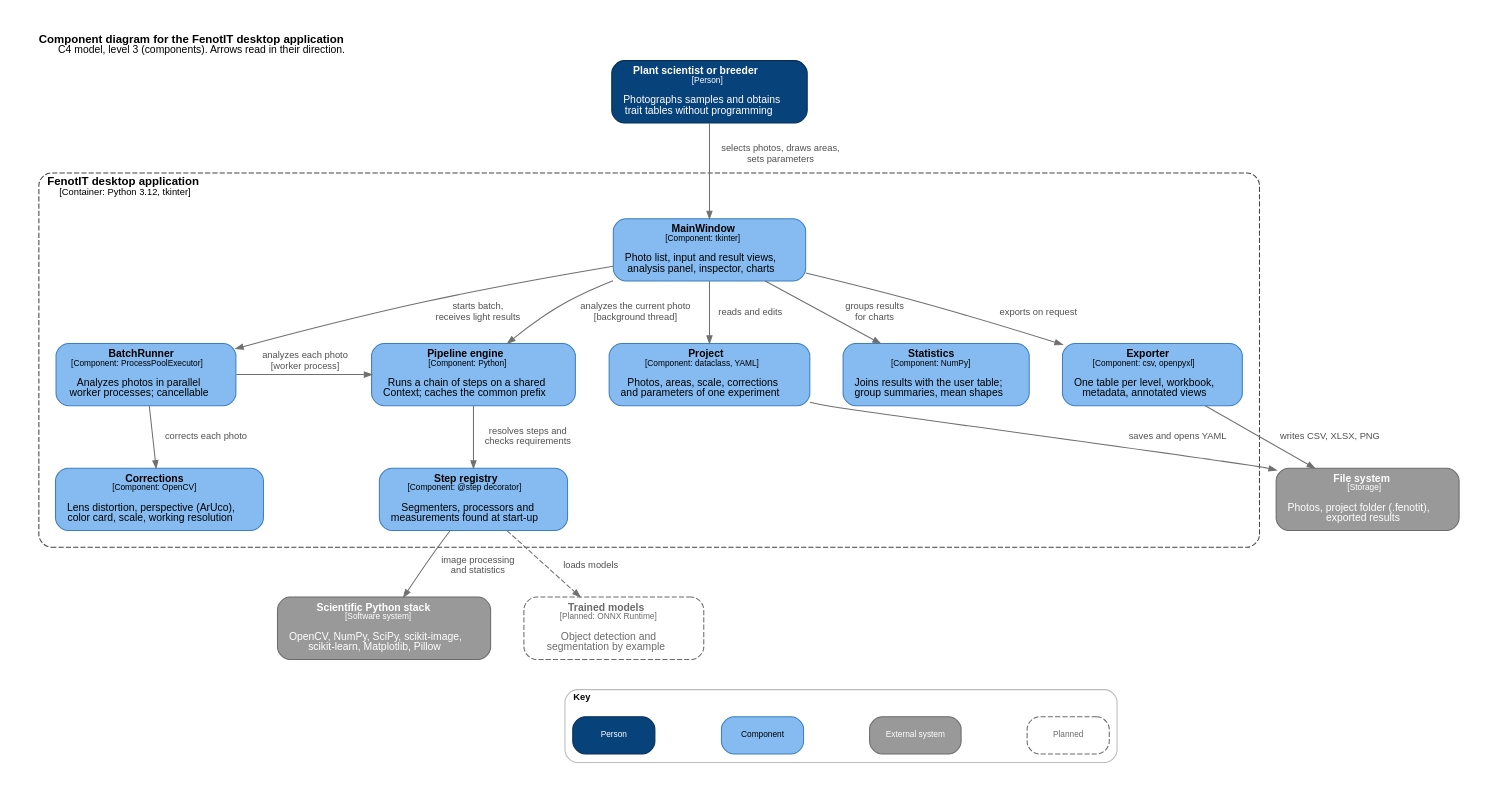
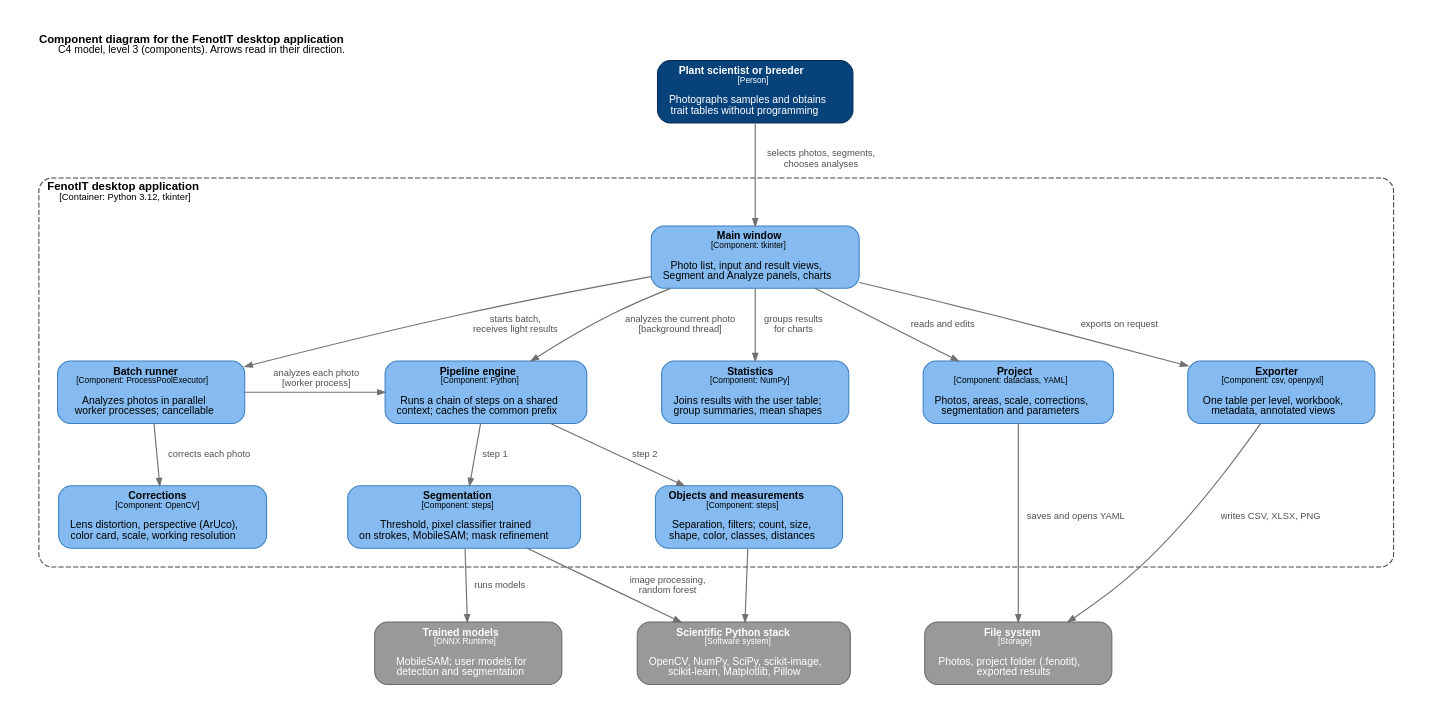
The diagram in docs/paper/diagrams/arch.dot (ctirado-cgiar/FenotIT), drawn with Graphviz before and after one commit. The commit also changed 8 other files, not shown here.

Commit message:
Paper: Fig. 1 flujo en cinco pasos con una foto real; diagrama de componentes al día y sin cruces

```diff
--- a/docs/paper/diagrams/arch.dot
+++ b/docs/paper/diagrams/arch.dot
@@ -1,58 +1,54 @@
 digraph G {
-  graph [rankdir=TB, fontname="Helvetica", fontsize=11, nodesep=0.45, ranksep=0.55, pad=0.3, splines=spline, newrank=true,
+  graph [rankdir=TB, fontname="Helvetica", fontsize=11, nodesep=0.5, ranksep=0.7, pad=0.3, splines=spline, newrank=true,
          label=<<b>Component diagram for the FenotIT desktop application</b><br/><font point-size="10">C4 model, level 3 (components). Arrows read in their direction.</font>>, labelloc=t, labeljust=l];
-  node [shape=box, style="rounded,filled", fontname="Helvetica", fontsize=10, color="#3C7FC0", fillcolor="#85BBF0", fontcolor="#000000", margin="0.15,0.08", width=2.4];
-  edge [fontname="Helvetica", fontsize=9, color="#707070", fontcolor="#505050", arrowsize=0.7];
+  node [shape=box, style="rounded,filled", fontname="Helvetica", fontsize=10, color="#3C7FC0", fillcolor="#85BBF0", fontcolor="#000000", margin="0.15,0.08", width=2.5];
+  edge [fontname="Helvetica", fontsize=9, color="#707070", fontcolor="#505050", arrowsize=0.7, penwidth=1.1];
 
-  user [shape=box, style="rounded,filled", fillcolor="#08427B", color="#052E56", fontcolor="#FFFFFF",
+  user [fillcolor="#08427B", color="#052E56", fontcolor="#FFFFFF",
         label=<<b>Plant scientist or breeder</b><br/><font point-size="8">[Person]</font><br/><br/>Photographs samples and obtains<br/>trait tables without programming>];
 
   subgraph cluster_app {
     label=<<b>FenotIT desktop application</b><br/><font point-size="9">[Container: Python 3.12, tkinter]</font>>;
-    labeljust=l; style="dashed,rounded"; color="#444444"; fontname="Helvetica"; fontsize=11; margin=16;
+    labeljust=l; style="dashed,rounded"; color="#444444"; fontname="Helvetica"; fontsize=11; margin=18;
 
-    gui [label=<<b>MainWindow</b><br/><font point-size="8">[Component: tkinter]</font><br/><br/>Photo list, input and result views,<br/>analysis panel, inspector, charts>];
-    project [label=<<b>Project</b><br/><font point-size="8">[Component: dataclass, YAML]</font><br/><br/>Photos, areas, scale, corrections<br/>and parameters of one experiment>];
-    batch [label=<<b>BatchRunner</b><br/><font point-size="8">[Component: ProcessPoolExecutor]</font><br/><br/>Analyzes photos in parallel<br/>worker processes; cancellable>];
+    gui [label=<<b>Main window</b><br/><font point-size="8">[Component: tkinter]</font><br/><br/>Photo list, input and result views,<br/>Segment and Analyze panels, charts>];
+    batch [label=<<b>Batch runner</b><br/><font point-size="8">[Component: ProcessPoolExecutor]</font><br/><br/>Analyzes photos in parallel<br/>worker processes; cancellable>];
+    stats [label=<<b>Statistics</b><br/><font point-size="8">[Component: NumPy]</font><br/><br/>Joins results with the user table;<br/>group summaries, mean shapes>];
+    project [label=<<b>Project</b><br/><font point-size="8">[Component: dataclass, YAML]</font><br/><br/>Photos, areas, scale, corrections,<br/>segmentation and parameters>];
+    export [label=<<b>Exporter</b><br/><font point-size="8">[Component: csv, openpyxl]</font><br/><br/>One table per level, workbook,<br/>metadata, annotated views>];
     corr [label=<<b>Corrections</b><br/><font point-size="8">[Component: OpenCV]</font><br/><br/>Lens distortion, perspective (ArUco),<br/>color card, scale, working resolution>];
-    engine [label=<<b>Pipeline engine</b><br/><font point-size="8">[Component: Python]</font><br/><br/>Runs a chain of steps on a shared<br/>Context; caches the common prefix>];
-    registry [label=<<b>Step registry</b><br/><font point-size="8">[Component: @step decorator]</font><br/><br/>Segmenters, processors and<br/>measurements found at start-up>];
-    stats [label=<<b>Statistics</b><br/><font point-size="8">[Component: NumPy]</font><br/><br/>Joins results with the user table;<br/>group summaries, mean shapes>];
-    export [label=<<b>Exporter</b><br/><font point-size="8">[Component: csv, openpyxl]</font><br/><br/>One table per level, workbook,<br/>metadata, annotated views>];
+    engine [label=<<b>Pipeline engine</b><br/><font point-size="8">[Component: Python]</font><br/><br/>Runs a chain of steps on a shared<br/>context; caches the common prefix>];
+    seg [label=<<b>Segmentation</b><br/><font point-size="8">[Component: steps]</font><br/><br/>Threshold, pixel classifier trained<br/>on strokes, MobileSAM; mask refinement>];
+    meas [label=<<b>Objects and measurements</b><br/><font point-size="8">[Component: steps]</font><br/><br/>Separation, filters; count, size,<br/>shape, color, classes, distances>];
   }
 
   libs [fillcolor="#999999", color="#6B6B6B", fontcolor="#FFFFFF",
         label=<<b>Scientific Python stack</b><br/><font point-size="8">[Software system]</font><br/><br/>OpenCV, NumPy, SciPy, scikit-image,<br/>scikit-learn, Matplotlib, Pillow>];
+  onnx [fillcolor="#999999", color="#6B6B6B", fontcolor="#FFFFFF",
+        label=<<b>Trained models</b><br/><font point-size="8">[ONNX Runtime]</font><br/><br/>MobileSAM; user models for<br/>detection and segmentation>];
   fs [fillcolor="#999999", color="#6B6B6B", fontcolor="#FFFFFF",
       label=<<b>File system</b><br/><font point-size="8">[Storage]</font><br/><br/>Photos, project folder (.fenotit),<br/>exported results>];
-  onnx [style="rounded,dashed", fillcolor="#FFFFFF", color="#6B6B6B", fontcolor="#6B6B6B",
-        label=<<b>Trained models</b><br/><font point-size="8">[Planned: ONNX Runtime]</font><br/><br/>Object detection and<br/>segmentation by example>];
 
-  user -> gui [label="  selects photos, draws areas,\n  sets parameters"];
+  user -> gui [label="  selects photos, segments,\n  chooses analyses"];
+  gui -> batch [label="  starts batch,\n  receives light results"];
+  gui -> engine [label="  analyzes the current photo\n  [background thread]"];
+  gui -> stats [label="  groups results\n  for charts"];
   gui -> project [label="  reads and edits"];
-  gui -> engine [label="  analyzes the current photo\n  [background thread]"];
-  gui -> batch [label="  starts batch,\n  receives light results"];
+  gui -> export [label="  exports on request"];
   batch -> corr [label="  corrects each photo"];
   batch -> engine [label="  analyzes each photo\n  [worker process]"];
-  engine -> registry [label="  resolves steps and\n  checks requirements"];
-  registry -> libs [label="  image processing\n  and statistics"];
-  registry -> onnx [style=dashed, label="  loads models"];
-  gui -> stats [label="  groups results\n  for charts"];
-  gui -> export [label="  exports on request"];
+  engine -> seg [label="  step 1"];
+  engine -> meas [label="  step 2"];
+  seg -> onnx [label="  runs models"];
+  seg -> libs [label="  image processing,\n  random forest"];
+  meas -> libs;
+  project -> fs [label="  saves and opens YAML"];
   export -> fs [label="  writes CSV, XLSX, PNG"];
-  project -> fs [label="  saves and opens YAML"];
 
-  { rank=same; batch; engine; }
-  { rank=same; stats; export; }
-  onnx -> k1 [style=invis];
-
-  subgraph cluster_key {
-    label=<<b>Key</b>>; labeljust=l; style="rounded"; color="#BBBBBB"; fontsize=9; margin=8;
-    k1 [label="Person", fillcolor="#08427B", color="#052E56", fontcolor="#FFFFFF", width=1.1, fontsize=8];
-    k2 [label="Component", width=1.1, fontsize=8];
-    k3 [label="External system", fillcolor="#999999", color="#6B6B6B", fontcolor="#FFFFFF", width=1.1, fontsize=8];
-    k4 [label="Planned", style="rounded,dashed", fillcolor="#FFFFFF", color="#6B6B6B", fontcolor="#6B6B6B", width=1.1, fontsize=8];
-    { rank=same; k1; k2; k3; k4; }
-    k1 -> k2 -> k3 -> k4 [style=invis];
-  }
+  { rank=same; batch; engine; stats; project; export; }
+  { rank=same; corr; seg; meas; }
+  { rank=same; libs; onnx; fs; }
+  batch -> engine -> stats -> project -> export [style=invis];
+  corr -> seg -> meas [style=invis];
+  onnx -> libs -> fs [style=invis];
 }
```
